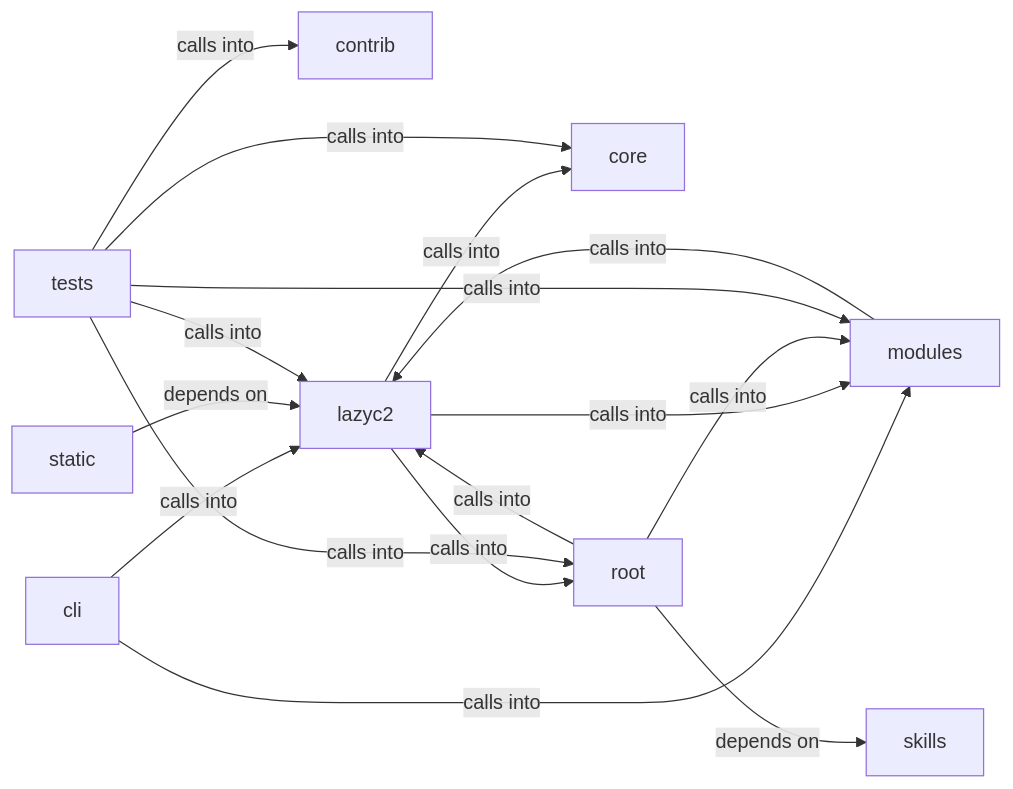
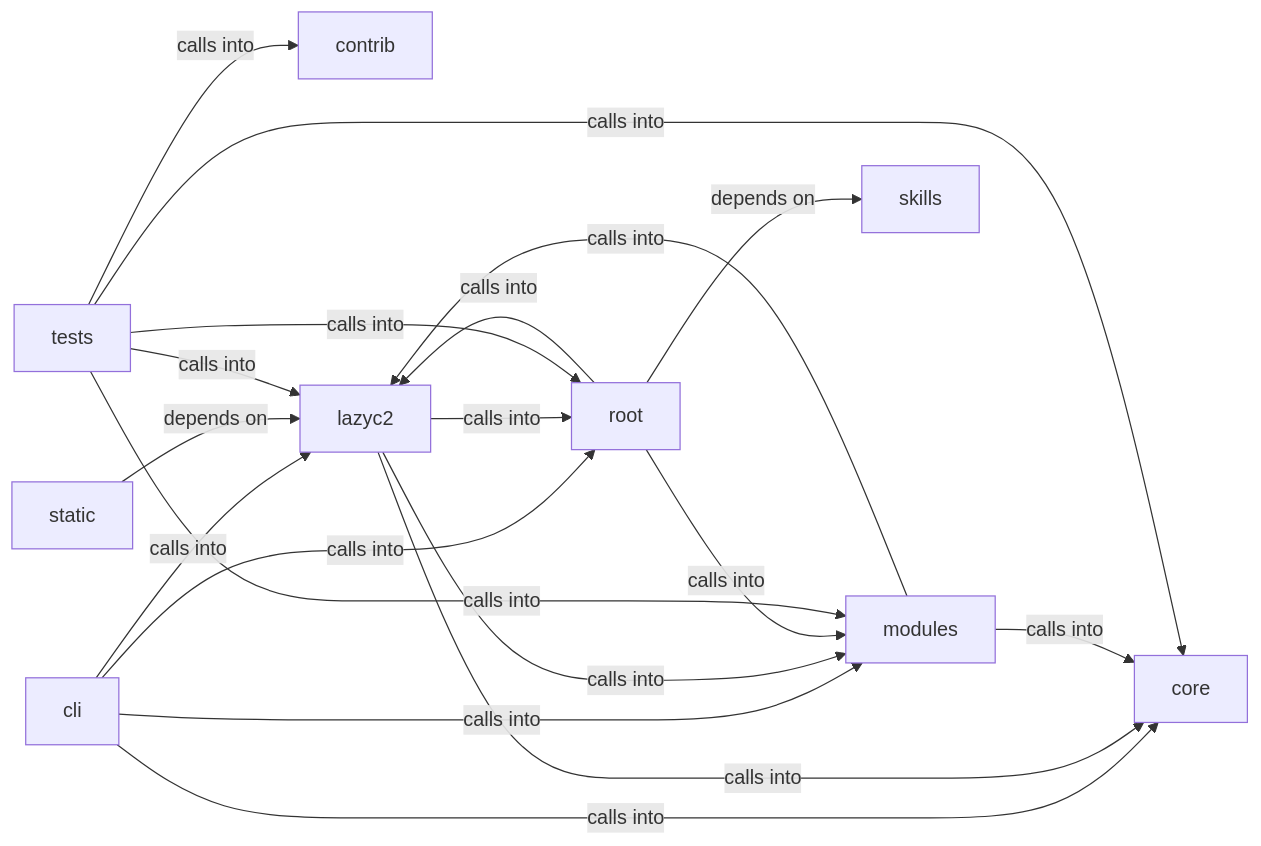
One commit to grisuno/LazyOwn changed the diagram in readmenator-diagrams/modules_lazyc2.md. Above: the diagram before and after it, drawn with Mermaid. The commit also changed other lines of this file and 351 other files, not shown here.

````diff
--- a/readmenator-diagrams/modules_lazyc2.md
+++ b/readmenator-diagrams/modules_lazyc2.md
@@ -5,27 +5,30 @@
 ```mermaid
 graph LR
     cli["cli"]
     contrib["contrib"]
     core["core"]
     lazyc2["lazyc2"]
     modules["modules"]
     root["root"]
     skills["skills"]
     static["static"]
     tests["tests"]
+    cli -- "calls into" --> core
     cli -- "calls into" --> lazyc2
     cli -- "calls into" --> modules
+    cli -- "calls into" --> root
     lazyc2 -- "calls into" --> core
     lazyc2 -- "calls into" --> modules
     lazyc2 -- "calls into" --> root
+    modules -- "calls into" --> core
     modules -- "calls into" --> lazyc2
     root -- "calls into" --> lazyc2
     root -- "calls into" --> modules
     root -- "depends on" --> skills
     static -- "depends on" --> lazyc2
     tests -- "calls into" --> contrib
     tests -- "calls into" --> core
     tests -- "calls into" --> lazyc2
     tests -- "calls into" --> modules
     tests -- "calls into" --> root
 ```
````
